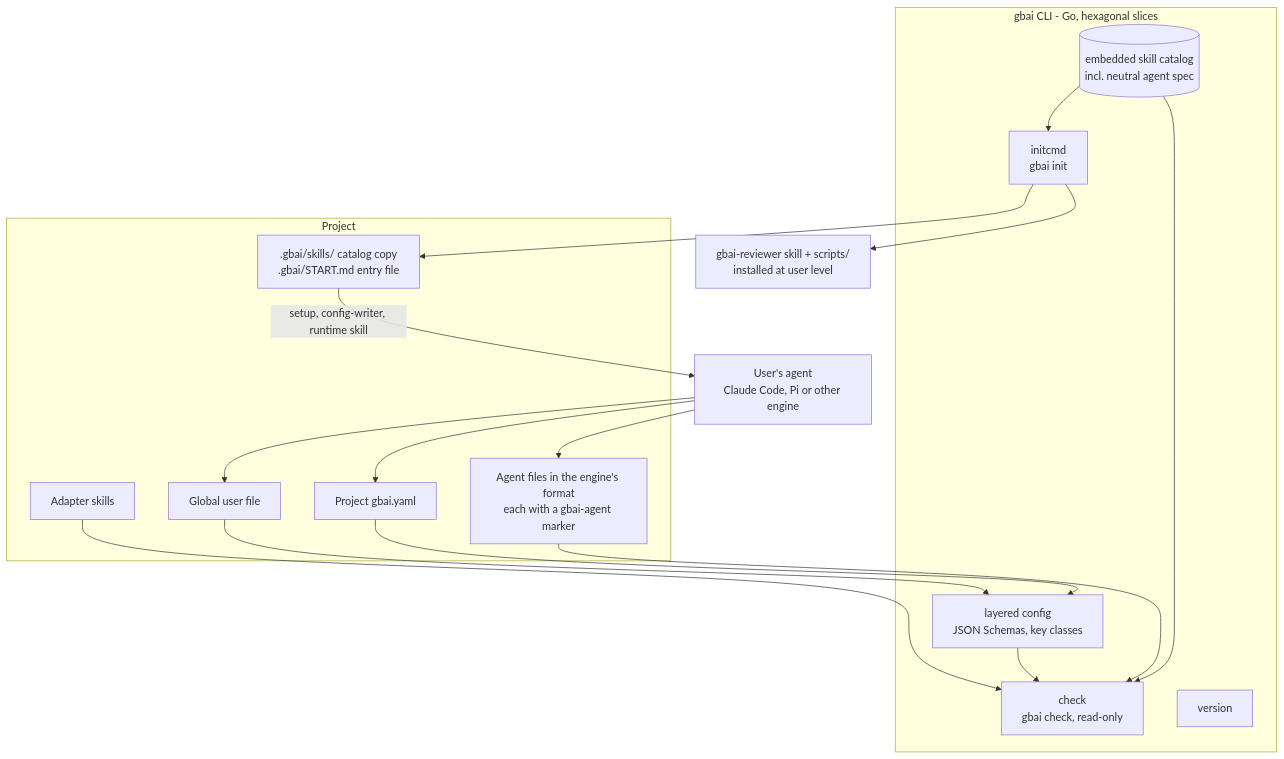
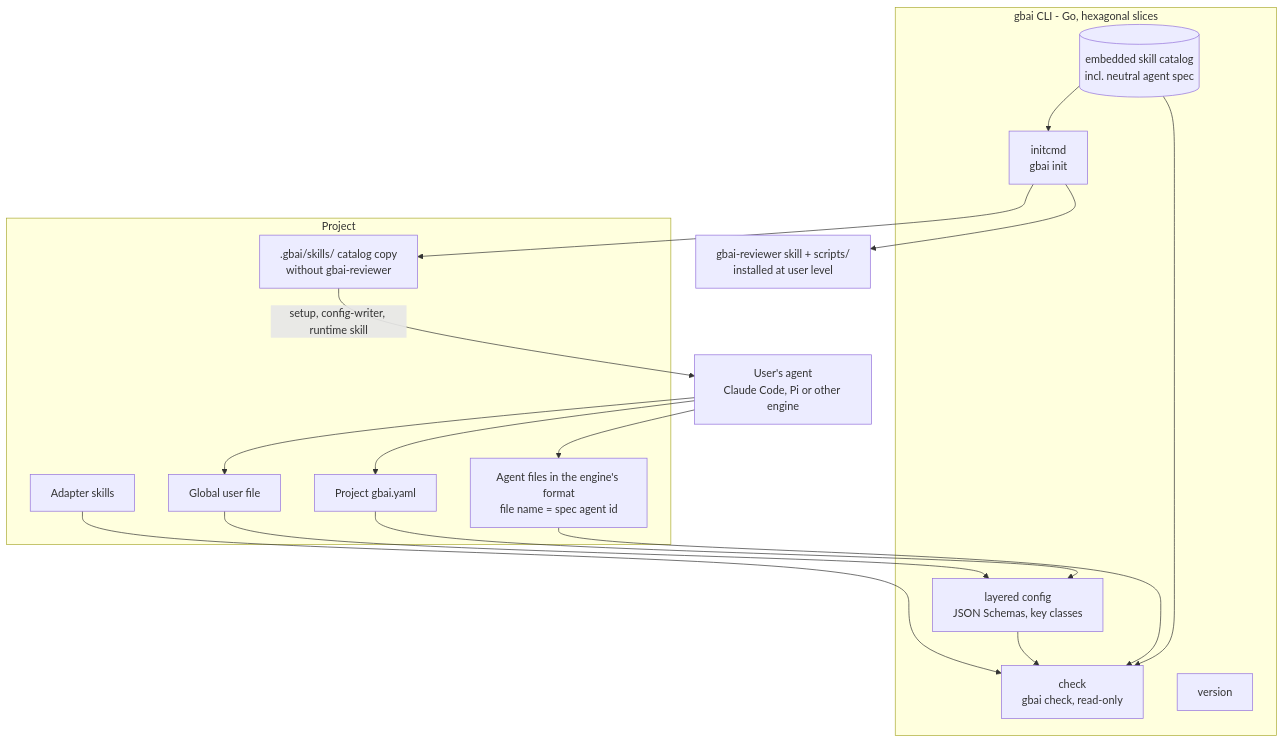
Before and after one commit to testeos-z/gabo-ai: the second of 5 diagrams in docs/product/TRD.md, drawn with Mermaid. The commit also changed other lines of this file and 1 other file, not shown here.

````diff
--- a/docs/product/TRD.md
+++ b/docs/product/TRD.md
@@ -119,33 +119,33 @@
 ```mermaid
 flowchart TB
   subgraph cli[gbai CLI - Go, hexagonal slices]
     config[layered config<br/>JSON Schemas, key classes]
     initcmd[initcmd<br/>gbai init]
     check[check<br/>gbai check, read-only]
     version[version]
     catalog[(embedded skill catalog<br/>incl. neutral agent spec)]
   end
   scripts[gbai-reviewer skill + scripts/<br/>installed at user level]
   subgraph proj[Project]
-    copy[.gbai/skills/ catalog copy<br/>.gbai/START.md entry file]
+    copy[.gbai/skills/ catalog copy<br/>without gbai-reviewer]
     adapters[Adapter skills]
     global[Global user file]
     project[Project gbai.yaml]
-    agents[Agent files in the engine's format<br/>each with a gbai-agent marker]
+    agents[Agent files in the engine's format<br/>file name = spec agent id]
   end
   ragent[User's agent<br/>Claude Code, Pi or other engine]
 
   catalog --> initcmd
   initcmd --> copy
   initcmd --> scripts
   copy -->|setup, config-writer, runtime skill| ragent
   ragent --> global
   ragent --> project
   ragent --> agents
   config --> check
   catalog --> check
   global --> config
   project --> config
   agents --> check
   adapters --> check
 ```
````
